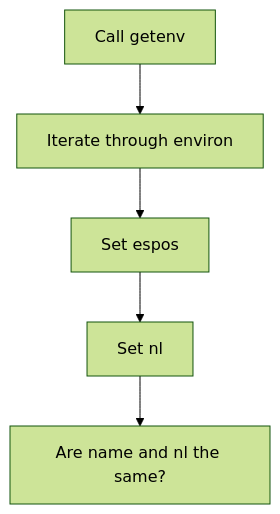
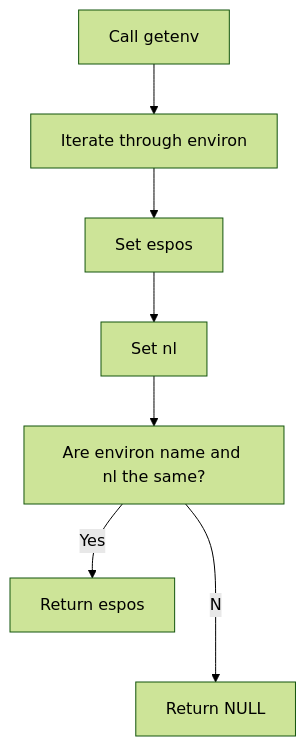
The diagram in README.md (LeeWest89/MySuperRepo), drawn with Mermaid (forest theme) before and after one commit.

````diff
--- a/README.md
+++ b/README.md
@@ -3,7 +3,9 @@
 ```mermaid
 flowchart TD;
   A[Call getenv]-->B[Iterate through environ];
   B-->C[Set espos];
   C-->D[Set nl];
-  D-->E[Are name and nl the same?]
+  D-->E[Are environ name and nl the same?]
+  E--Yes-->F[Return espos];
+  E--No-->G[Return NULL];
 ```
````
